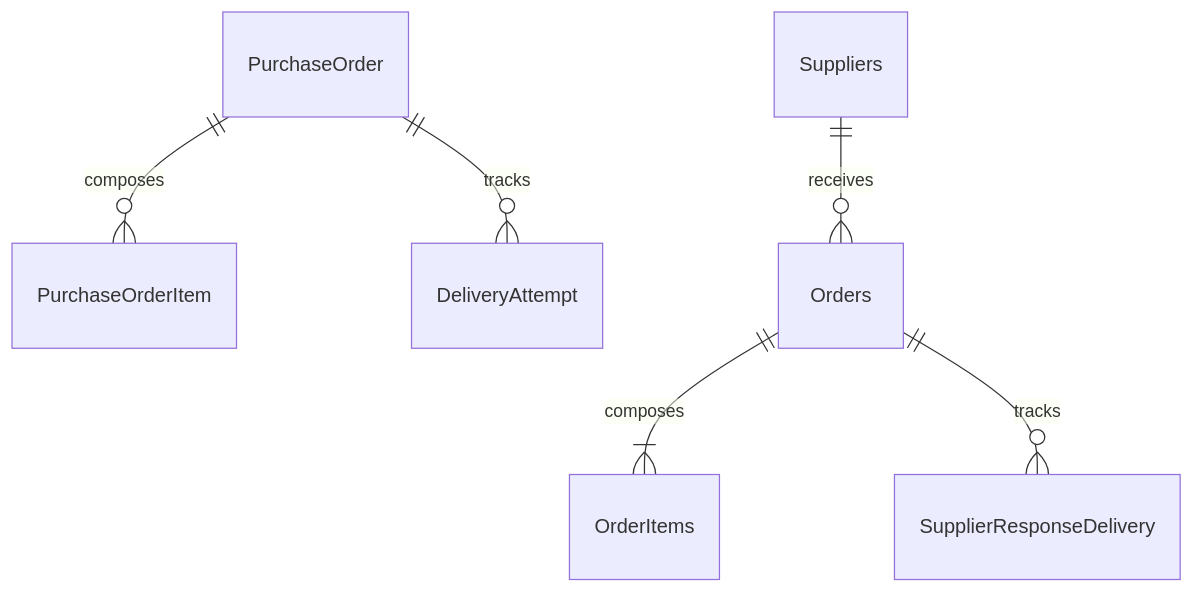
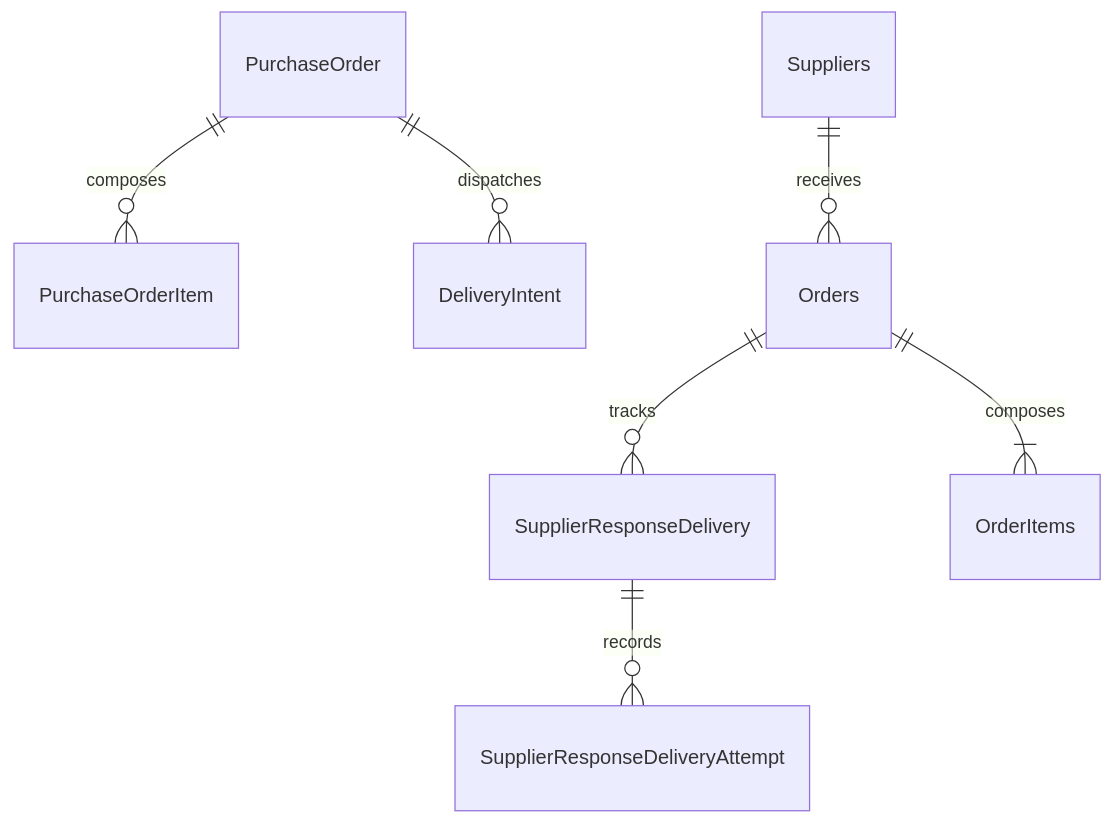
One commit to joaopedromribeiro/procurement-integration-hub changed the diagram in docs/architecture/domain-model.md. Above: the diagram before and after it, drawn with Mermaid. The commit also changed other lines of this file and 19 other files, not shown here.

Commit message:
Complete Phase 7.3 delivery attempt history

````diff
--- a/docs/architecture/domain-model.md
+++ b/docs/architecture/domain-model.md
@@ -9,8 +9,9 @@
 ```mermaid
 erDiagram
     PurchaseOrder ||--o{ PurchaseOrderItem : composes
-    PurchaseOrder ||--o{ DeliveryAttempt : tracks
+    PurchaseOrder ||--o{ DeliveryIntent : dispatches
+    SupplierResponseDelivery ||--o{ SupplierResponseDeliveryAttempt : records
     Suppliers ||--o{ Orders : receives
     Orders ||--|{ OrderItems : composes
     Orders ||--o{ SupplierResponseDelivery : tracks
 ```
````
